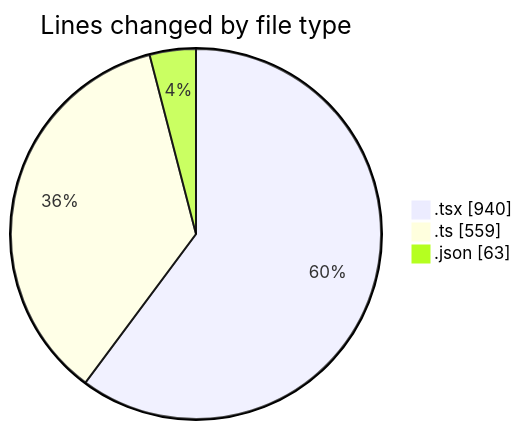
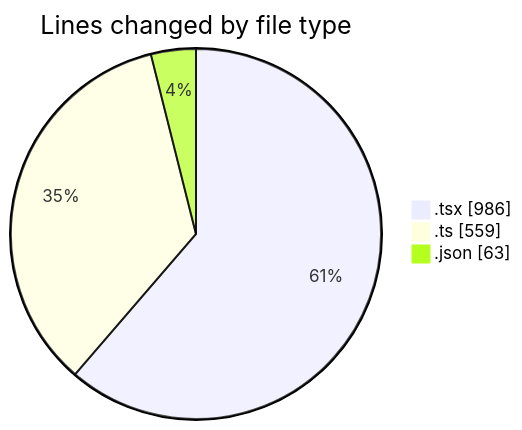
One commit to julien-gomy/code-tracking changed the first of 2 diagrams in 2025-10-21/eventscop-frontend-guide__workspace_/README.md. Above: the diagram before and after it, drawn with Mermaid. The commit also changed other lines of this file and 1 other file, not shown here.

````diff
--- a/2025-10-21/eventscop-frontend-guide__workspace_/README.md
+++ b/2025-10-21/eventscop-frontend-guide__workspace_/README.md
@@ -37,7 +38,7 @@
 ```mermaid
 pie showData
 title Lines changed by file type
-".tsx" : 940
+".tsx" : 986
 ".ts" : 559
 ".json" : 63
 ```
````
